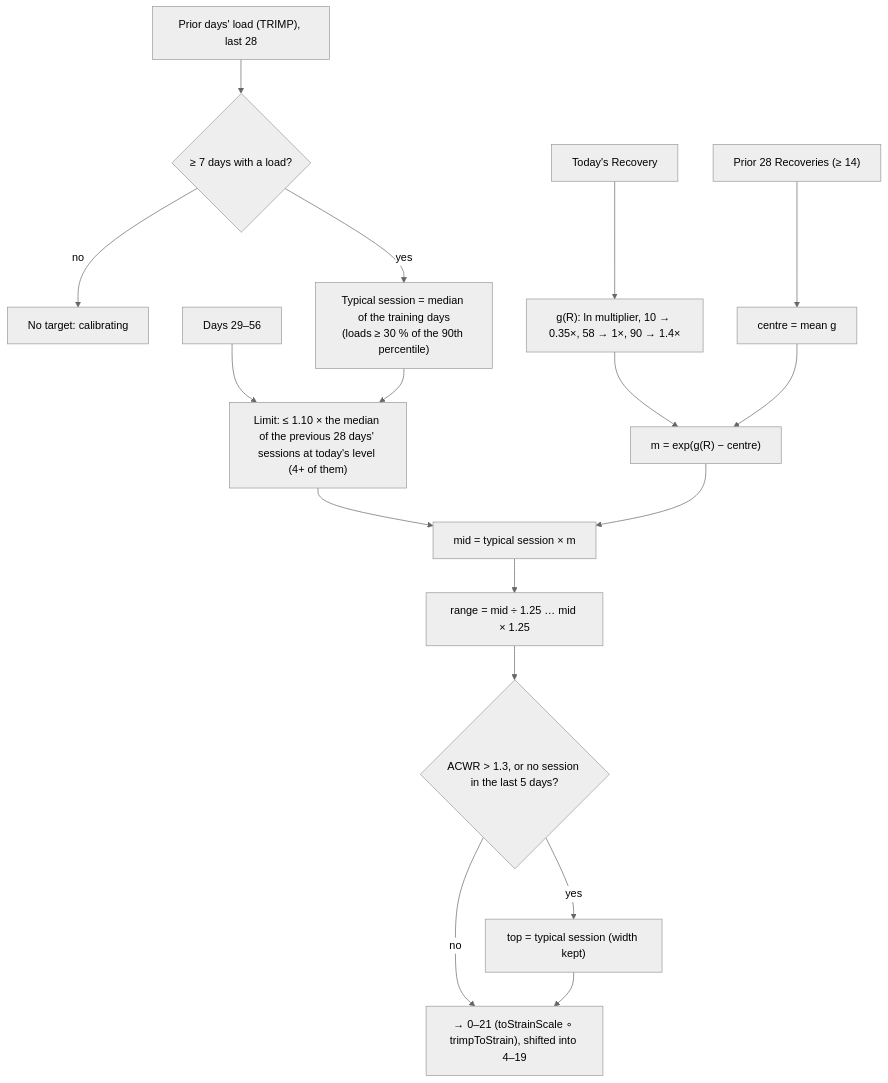
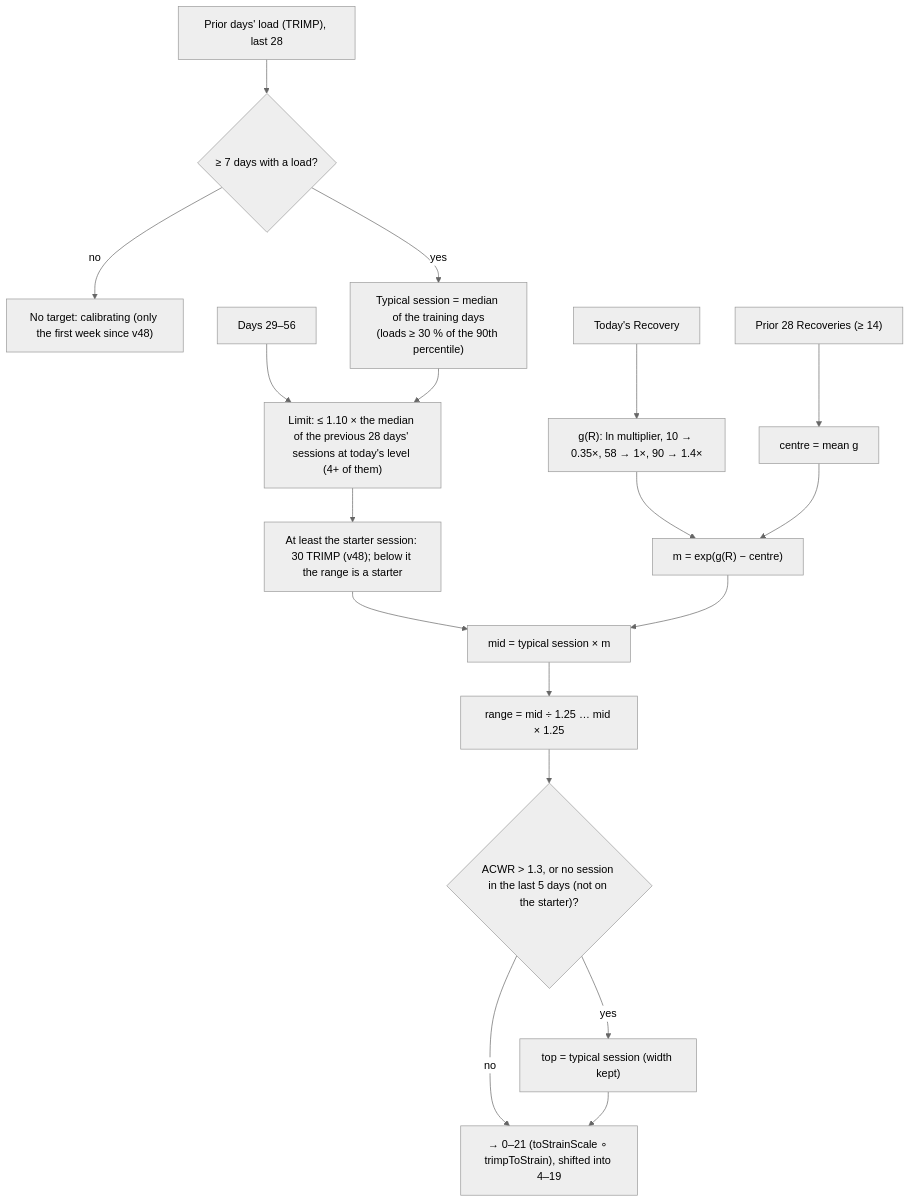
Before and after one commit to RohitDhatrak/pulse: the diagram in docs/algorithms/strain-target.md, drawn with Mermaid (neutral theme). The commit also changed other lines of this file and 21 other files, not shown here.

````diff
--- a/docs/algorithms/strain-target.md
+++ b/docs/algorithms/strain-target.md
@@ -17,19 +17,20 @@
 ```mermaid
 flowchart TB
   L["Prior days' load (TRIMP), last 28"] --> N{"≥ 7 days with a load?"}
-  N -->|no| CAL[No target: calibrating]
+  N -->|no| CAL["No target: calibrating (only the first week since v48)"]
   N -->|yes| REF["Typical session = median of the training days<br/>(loads ≥ 30 % of the 90th percentile)"]
   L2["Days 29–56"] --> PROG["Limit: ≤ 1.10 × the median of the previous 28 days' sessions at today's level (4+ of them)"]
   REF --> PROG
+  PROG --> ST["At least the starter session: 30 TRIMP (v48); below it the range is a starter"]
   R["Today's Recovery"] --> G["g(R): ln multiplier, 10 → 0.35×, 58 → 1×, 90 → 1.4×"]
   RH["Prior 28 Recoveries (≥ 14)"] --> C["centre = mean g"]
   G --> M["m = exp(g(R) − centre)"]
   C --> M
-  PROG --> MID["mid = typical session × m"]
+  ST --> MID["mid = typical session × m"]
   M --> MID
   MID --> RANGE["range = mid ÷ 1.25 … mid × 1.25"]
-  RANGE --> CAP{"ACWR > 1.3, or no session in the last 5 days?"}
+  RANGE --> CAP{"ACWR > 1.3, or no session in the last 5 days (not on the starter)?"}
   CAP -->|yes| HOLD["top = typical session (width kept)"]
   CAP -->|no| D
   HOLD --> D["→ 0–21 (toStrainScale ∘ trimpToStrain), shifted into 4–19"]
 ```
````
